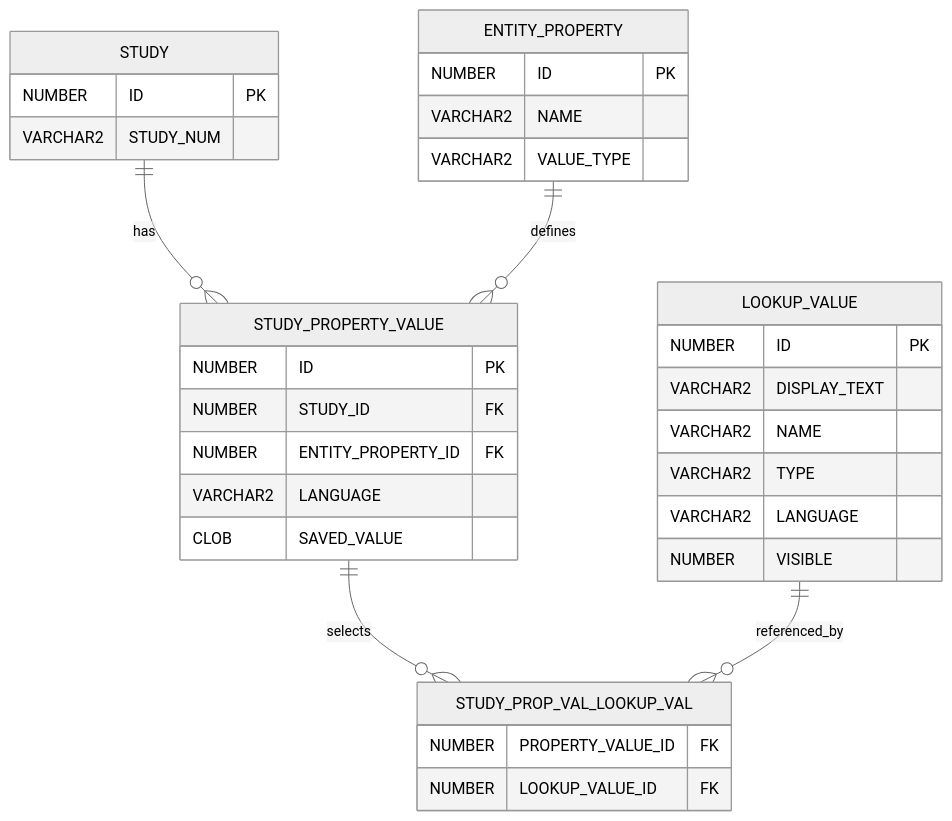
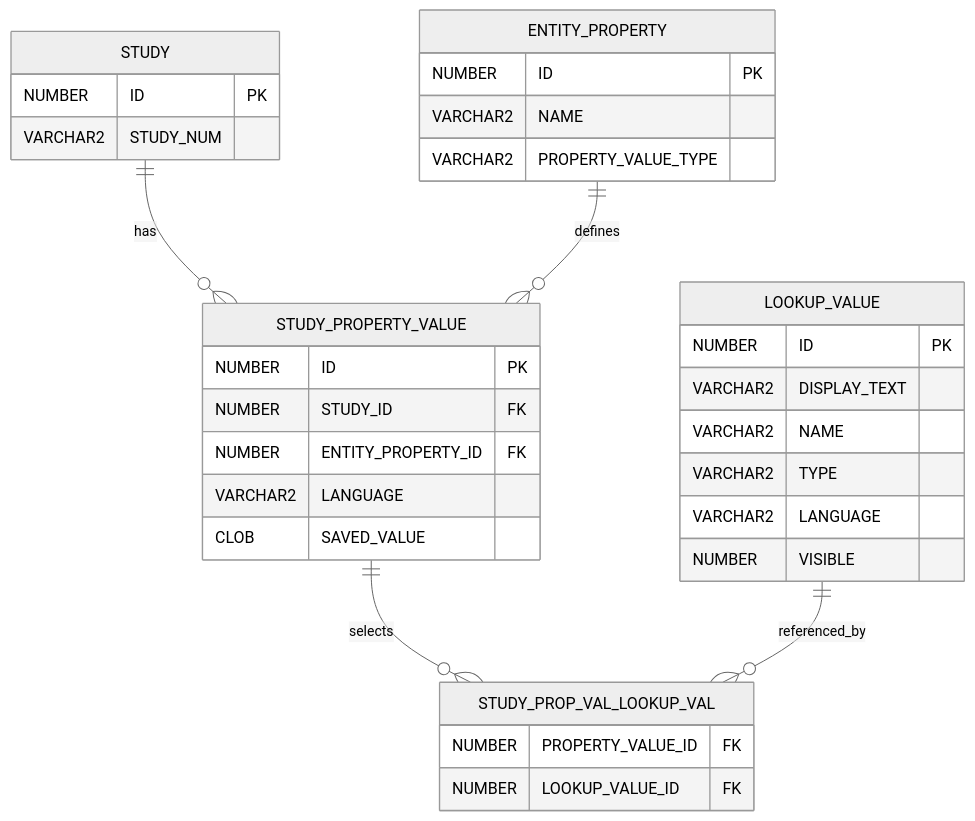
The diagram in docs/07-data-model/study-property-model.md (umich-michr/yhr-context), drawn with Mermaid (neutral theme) before and after one commit. The commit also changed other lines of this file and 79 other files, not shown here.

````diff
--- a/docs/07-data-model/study-property-model.md
+++ b/docs/07-data-model/study-property-model.md
@@ -205,40 +31,40 @@
 ```mermaid
 erDiagram
+    STUDY ||--o{ STUDY_PROPERTY_VALUE : has
+    ENTITY_PROPERTY ||--o{ STUDY_PROPERTY_VALUE : defines
+    STUDY_PROPERTY_VALUE ||--o{ STUDY_PROP_VAL_LOOKUP_VAL : selects
+    LOOKUP_VALUE ||--o{ STUDY_PROP_VAL_LOOKUP_VAL : referenced_by
+
     STUDY {
         NUMBER ID PK
         VARCHAR2 STUDY_NUM
     }
 
     ENTITY_PROPERTY {
         NUMBER ID PK
         VARCHAR2 NAME
-        VARCHAR2 VALUE_TYPE
+        VARCHAR2 PROPERTY_VALUE_TYPE
     }
 
     STUDY_PROPERTY_VALUE {
         NUMBER ID PK
         NUMBER STUDY_ID FK
         NUMBER ENTITY_PROPERTY_ID FK
         VARCHAR2 LANGUAGE
         CLOB SAVED_VALUE
     }
 
     STUDY_PROP_VAL_LOOKUP_VAL {
         NUMBER PROPERTY_VALUE_ID FK
         NUMBER LOOKUP_VALUE_ID FK
     }
 
     LOOKUP_VALUE {
         NUMBER ID PK
         VARCHAR2 DISPLAY_TEXT
         VARCHAR2 NAME
         VARCHAR2 TYPE
         VARCHAR2 LANGUAGE
         NUMBER VISIBLE
     }
-
-    STUDY ||--o{ STUDY_PROPERTY_VALUE : has
-    ENTITY_PROPERTY ||--o{ STUDY_PROPERTY_VALUE : defines
-    STUDY_PROPERTY_VALUE ||--o{ STUDY_PROP_VAL_LOOKUP_VAL : selects
-    LOOKUP_VALUE ||--o{ STUDY_PROP_VAL_LOOKUP_VAL : referenced_by
 ```
````
